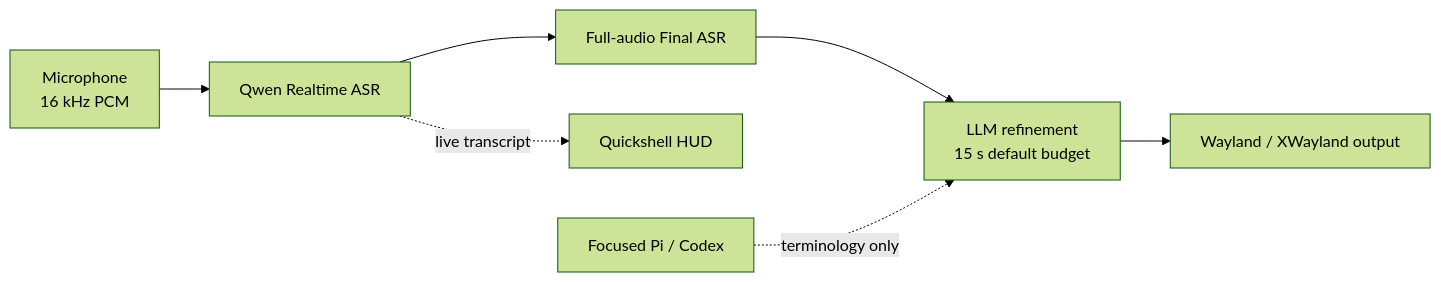
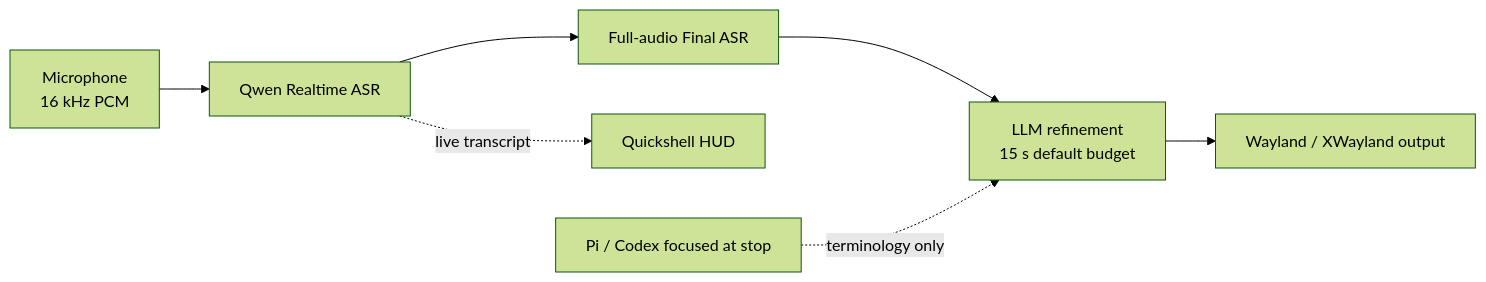
One commit to Saco93/voice-input changed the diagram in README.md. Above: the diagram before and after it, drawn with Mermaid (forest theme). The commit also changed other lines of this file and 8 other files, not shown here.

````diff
--- a/README.md
+++ b/README.md
@@ -16,9 +16,9 @@
 ```mermaid
 flowchart LR
     Mic[Microphone<br/>16 kHz PCM] --> RT[Qwen Realtime ASR]
     RT --> Final[Full-audio Final ASR]
     Final --> LLM[LLM refinement<br/>15 s default budget]
     LLM --> Out[Wayland / XWayland output]
     RT -. live transcript .-> HUD[Quickshell HUD]
-    Agent[Focused Pi / Codex] -. terminology only .-> LLM
+    Agent[Pi / Codex focused at stop] -. terminology only .-> LLM
 ```
````
